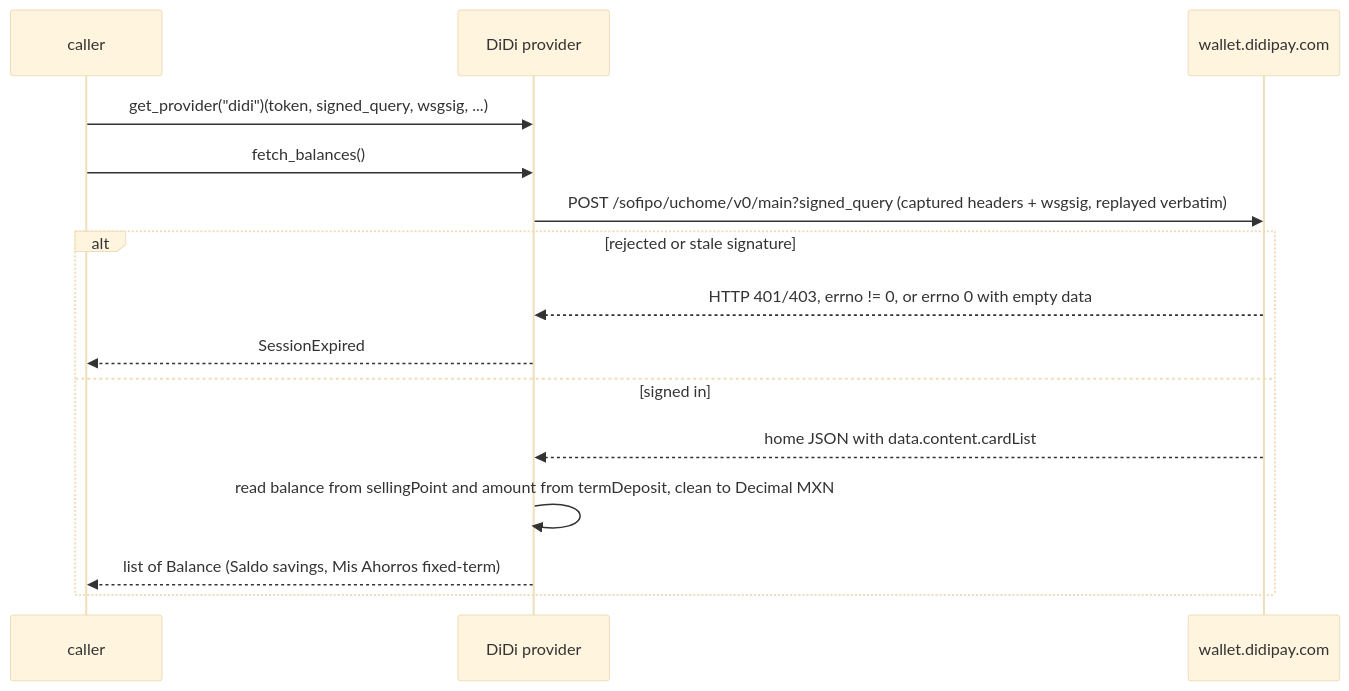
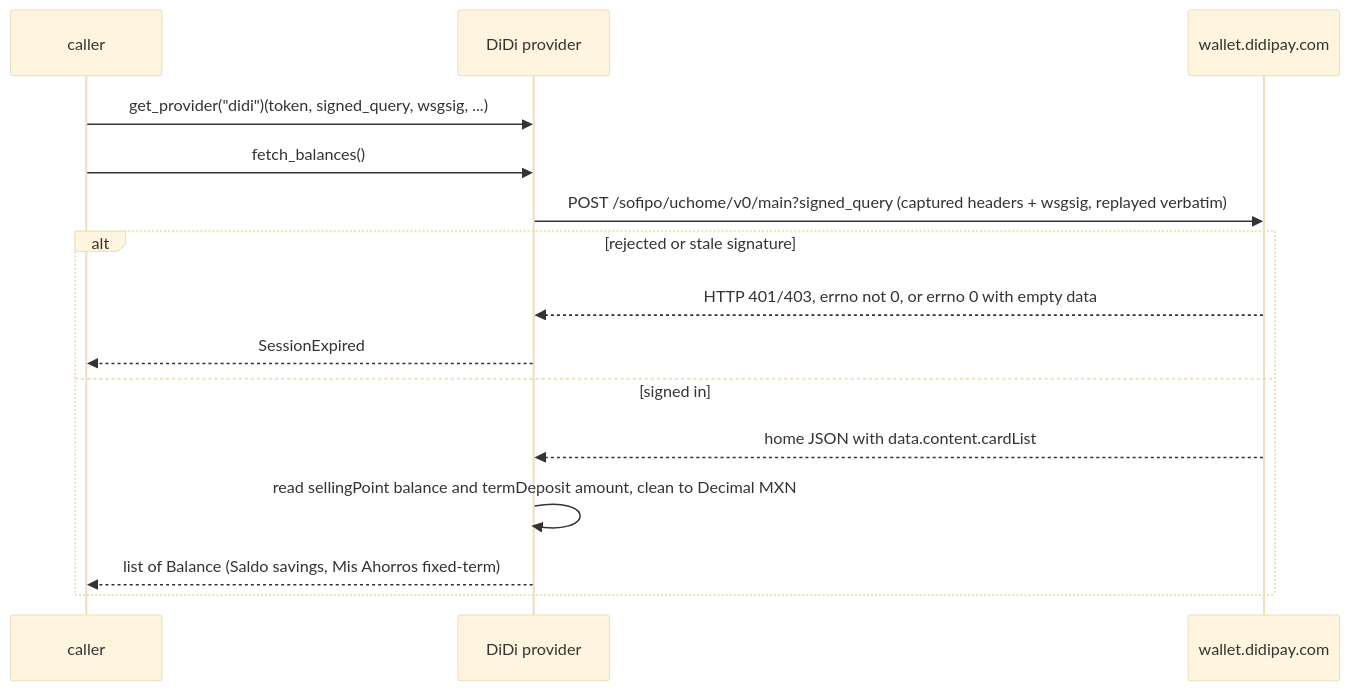
Before and after one commit to PaoloReyes/finscraper-mx: the second of 2 diagrams in docs/flows/didi.md, drawn with Mermaid (base theme). The commit also changed other lines of this file and 8 other files, not shown here.

Commit message:
docs/flows: one structure across providers; fix Klar mermaid

````diff
--- a/docs/flows/didi.md
+++ b/docs/flows/didi.md
@@ -33,18 +34,18 @@
 ```mermaid
 sequenceDiagram
   participant C as caller
   participant P as DiDi provider
   participant S as wallet.didipay.com
 
   C->>P: get_provider("didi")(token, signed_query, wsgsig, ...)
   C->>P: fetch_balances()
   P->>S: POST /sofipo/uchome/v0/main?signed_query (captured headers + wsgsig, replayed verbatim)
   alt rejected or stale signature
-    S-->>P: HTTP 401/403, errno != 0, or errno 0 with empty data
+    S-->>P: HTTP 401/403, errno not 0, or errno 0 with empty data
     P-->>C: SessionExpired
   else signed in
     S-->>P: home JSON with data.content.cardList
-    P->>P: read balance from sellingPoint and amount from termDeposit, clean to Decimal MXN
+    P->>P: read sellingPoint balance and termDeposit amount, clean to Decimal MXN
     P-->>C: list of Balance (Saldo savings, Mis Ahorros fixed-term)
   end
 ```
````
